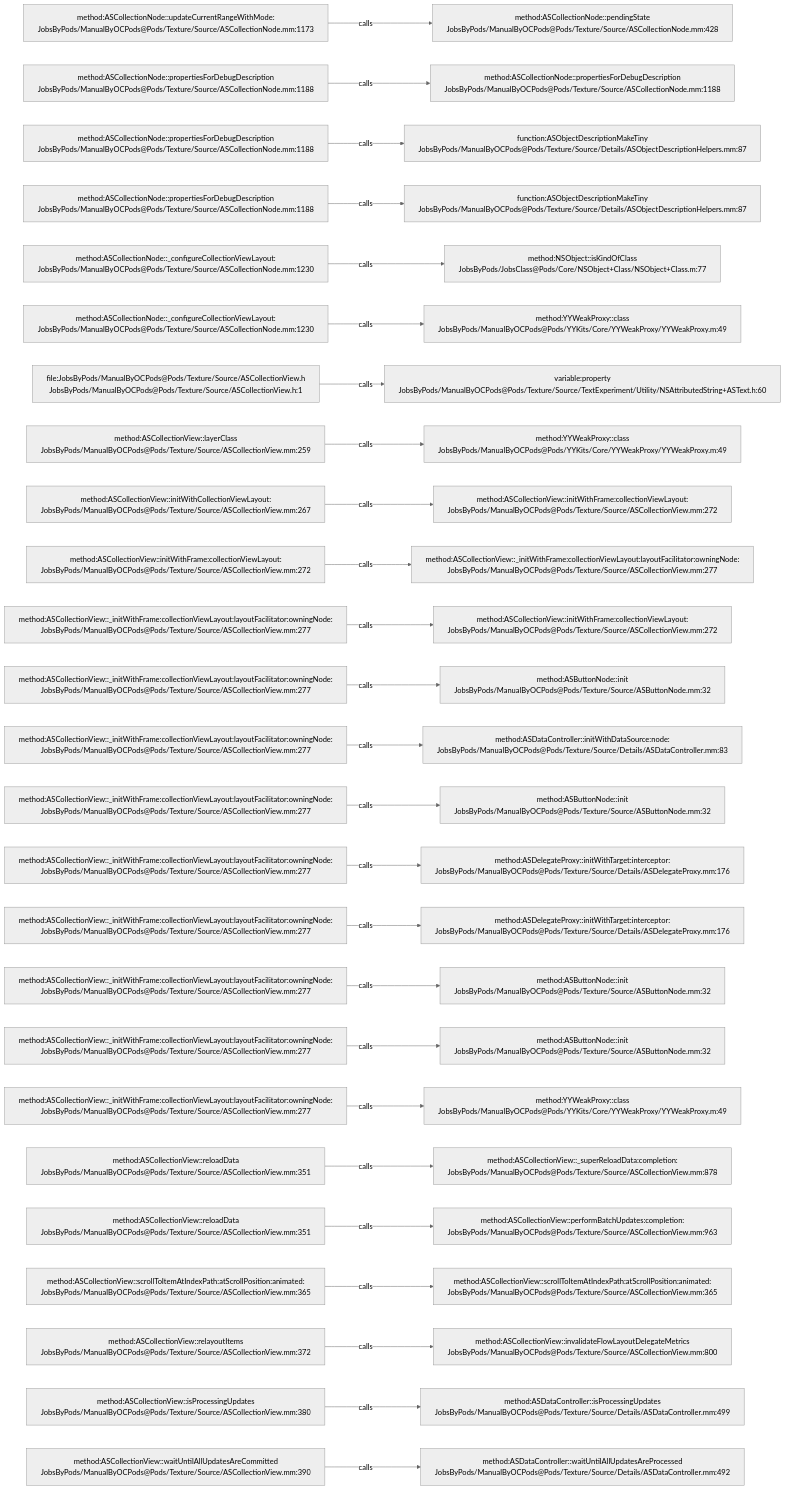
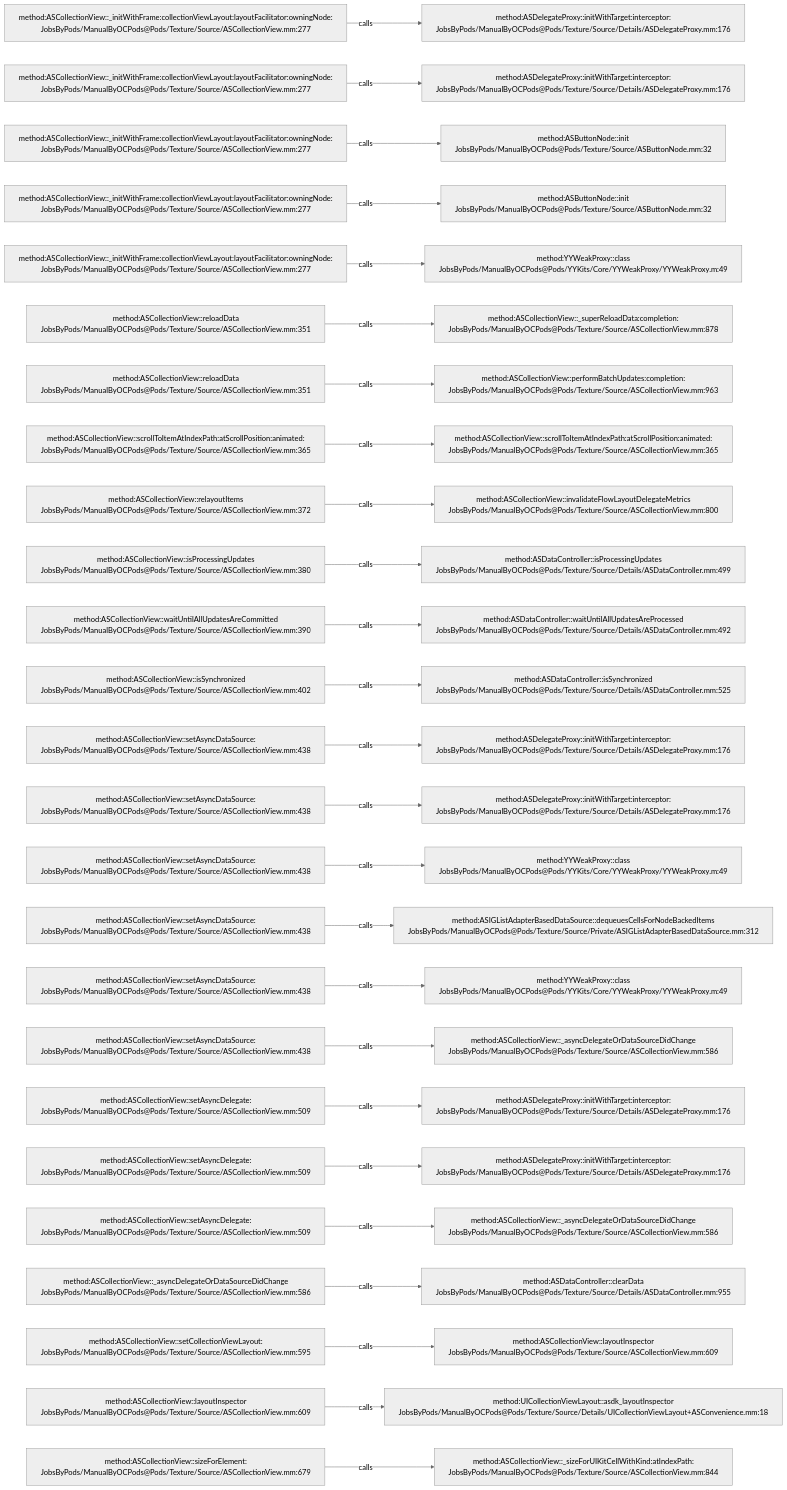
One commit to JobsKits/JobsOCBaseConfigDemo changed the diagram in .codegraph/codegraph.md/graphs/calls-081.md. Above: the diagram before and after it, drawn with Mermaid (neutral theme). The commit also changed 296 other files, not shown here.

````diff
--- a/.codegraph/codegraph.md/graphs/calls-081.md
+++ b/.codegraph/codegraph.md/graphs/calls-081.md
@@ -13,78 +13,78 @@
 ```mermaid
 flowchart LR
-  S1["method:ASCollectionNode::updateCurrentRangeWithMode:<br/>JobsByPods/ManualByOCPods@Pods/Texture/Source/ASCollectionNode.mm:1173"]
-  T1["method:ASCollectionNode::pendingState<br/>JobsByPods/ManualByOCPods@Pods/Texture/Source/ASCollectionNode.mm:428"]
+  S1["method:ASCollectionView::_initWithFrame:collectionViewLayout:layoutFacilitator:owningNode:<br/>JobsByPods/ManualByOCPods@Pods/Texture/Source/ASCollectionView.mm:277"]
+  T1["method:ASDelegateProxy::initWithTarget:interceptor:<br/>JobsByPods/ManualByOCPods@Pods/Texture/Source/Details/ASDelegateProxy.mm:176"]
   S1 -->|calls| T1
-  S2["method:ASCollectionNode::propertiesForDebugDescription<br/>JobsByPods/ManualByOCPods@Pods/Texture/Source/ASCollectionNode.mm:1188"]
-  T2["method:ASCollectionNode::propertiesForDebugDescription<br/>JobsByPods/ManualByOCPods@Pods/Texture/Source/ASCollectionNode.mm:1188"]
+  S2["method:ASCollectionView::_initWithFrame:collectionViewLayout:layoutFacilitator:owningNode:<br/>JobsByPods/ManualByOCPods@Pods/Texture/Source/ASCollectionView.mm:277"]
+  T2["method:ASDelegateProxy::initWithTarget:interceptor:<br/>JobsByPods/ManualByOCPods@Pods/Texture/Source/Details/ASDelegateProxy.mm:176"]
   S2 -->|calls| T2
-  S3["method:ASCollectionNode::propertiesForDebugDescription<br/>JobsByPods/ManualByOCPods@Pods/Texture/Source/ASCollectionNode.mm:1188"]
-  T3["function:ASObjectDescriptionMakeTiny<br/>JobsByPods/ManualByOCPods@Pods/Texture/Source/Details/ASObjectDescriptionHelpers.mm:87"]
+  S3["method:ASCollectionView::_initWithFrame:collectionViewLayout:layoutFacilitator:owningNode:<br/>JobsByPods/ManualByOCPods@Pods/Texture/Source/ASCollectionView.mm:277"]
+  T3["method:ASButtonNode::init<br/>JobsByPods/ManualByOCPods@Pods/Texture/Source/ASButtonNode.mm:32"]
   S3 -->|calls| T3
-  S4["method:ASCollectionNode::propertiesForDebugDescription<br/>JobsByPods/ManualByOCPods@Pods/Texture/Source/ASCollectionNode.mm:1188"]
-  T4["function:ASObjectDescriptionMakeTiny<br/>JobsByPods/ManualByOCPods@Pods/Texture/Source/Details/ASObjectDescriptionHelpers.mm:87"]
+  S4["method:ASCollectionView::_initWithFrame:collectionViewLayout:layoutFacilitator:owningNode:<br/>JobsByPods/ManualByOCPods@Pods/Texture/Source/ASCollectionView.mm:277"]
+  T4["method:ASButtonNode::init<br/>JobsByPods/ManualByOCPods@Pods/Texture/Source/ASButtonNode.mm:32"]
   S4 -->|calls| T4
-  S5["method:ASCollectionNode::_configureCollectionViewLayout:<br/>JobsByPods/ManualByOCPods@Pods/Texture/Source/ASCollectionNode.mm:1230"]
-  T5["method:NSObject::isKindOfClass<br/>JobsByPods/JobsClass@Pods/Core/NSObject+Class/NSObject+Class.m:77"]
+  S5["method:ASCollectionView::_initWithFrame:collectionViewLayout:layoutFacilitator:owningNode:<br/>JobsByPods/ManualByOCPods@Pods/Texture/Source/ASCollectionView.mm:277"]
+  T5["method:YYWeakProxy::class<br/>JobsByPods/ManualByOCPods@Pods/YYKits/Core/YYWeakProxy/YYWeakProxy.m:49"]
   S5 -->|calls| T5
-  S6["method:ASCollectionNode::_configureCollectionViewLayout:<br/>JobsByPods/ManualByOCPods@Pods/Texture/Source/ASCollectionNode.mm:1230"]
-  T6["method:YYWeakProxy::class<br/>JobsByPods/ManualByOCPods@Pods/YYKits/Core/YYWeakProxy/YYWeakProxy.m:49"]
+  S6["method:ASCollectionView::reloadData<br/>JobsByPods/ManualByOCPods@Pods/Texture/Source/ASCollectionView.mm:351"]
+  T6["method:ASCollectionView::_superReloadData:completion:<br/>JobsByPods/ManualByOCPods@Pods/Texture/Source/ASCollectionView.mm:878"]
   S6 -->|calls| T6
-  S7["file:JobsByPods/ManualByOCPods@Pods/Texture/Source/ASCollectionView.h<br/>JobsByPods/ManualByOCPods@Pods/Texture/Source/ASCollectionView.h:1"]
-  T7["variable:property<br/>JobsByPods/ManualByOCPods@Pods/Texture/Source/TextExperiment/Utility/NSAttributedString+ASText.h:60"]
+  S7["method:ASCollectionView::reloadData<br/>JobsByPods/ManualByOCPods@Pods/Texture/Source/ASCollectionView.mm:351"]
+  T7["method:ASCollectionView::performBatchUpdates:completion:<br/>JobsByPods/ManualByOCPods@Pods/Texture/Source/ASCollectionView.mm:963"]
   S7 -->|calls| T7
-  S8["method:ASCollectionView::layerClass<br/>JobsByPods/ManualByOCPods@Pods/Texture/Source/ASCollectionView.mm:259"]
-  T8["method:YYWeakProxy::class<br/>JobsByPods/ManualByOCPods@Pods/YYKits/Core/YYWeakProxy/YYWeakProxy.m:49"]
+  S8["method:ASCollectionView::scrollToItemAtIndexPath:atScrollPosition:animated:<br/>JobsByPods/ManualByOCPods@Pods/Texture/Source/ASCollectionView.mm:365"]
+  T8["method:ASCollectionView::scrollToItemAtIndexPath:atScrollPosition:animated:<br/>JobsByPods/ManualByOCPods@Pods/Texture/Source/ASCollectionView.mm:365"]
   S8 -->|calls| T8
-  S9["method:ASCollectionView::initWithCollectionViewLayout:<br/>JobsByPods/ManualByOCPods@Pods/Texture/Source/ASCollectionView.mm:267"]
-  T9["method:ASCollectionView::initWithFrame:collectionViewLayout:<br/>JobsByPods/ManualByOCPods@Pods/Texture/Source/ASCollectionView.mm:272"]
+  S9["method:ASCollectionView::relayoutItems<br/>JobsByPods/ManualByOCPods@Pods/Texture/Source/ASCollectionView.mm:372"]
+  T9["method:ASCollectionView::invalidateFlowLayoutDelegateMetrics<br/>JobsByPods/ManualByOCPods@Pods/Texture/Source/ASCollectionView.mm:800"]
   S9 -->|calls| T9
-  S10["method:ASCollectionView::initWithFrame:collectionViewLayout:<br/>JobsByPods/ManualByOCPods@Pods/Texture/Source/ASCollectionView.mm:272"]
-  T10["method:ASCollectionView::_initWithFrame:collectionViewLayout:layoutFacilitator:owningNode:<br/>JobsByPods/ManualByOCPods@Pods/Texture/Source/ASCollectionView.mm:277"]
+  S10["method:ASCollectionView::isProcessingUpdates<br/>JobsByPods/ManualByOCPods@Pods/Texture/Source/ASCollectionView.mm:380"]
+  T10["method:ASDataController::isProcessingUpdates<br/>JobsByPods/ManualByOCPods@Pods/Texture/Source/Details/ASDataController.mm:499"]
   S10 -->|calls| T10
-  S11["method:ASCollectionView::_initWithFrame:collectionViewLayout:layoutFacilitator:owningNode:<br/>JobsByPods/ManualByOCPods@Pods/Texture/Source/ASCollectionView.mm:277"]
-  T11["method:ASCollectionView::initWithFrame:collectionViewLayout:<br/>JobsByPods/ManualByOCPods@Pods/Texture/Source/ASCollectionView.mm:272"]
+  S11["method:ASCollectionView::waitUntilAllUpdatesAreCommitted<br/>JobsByPods/ManualByOCPods@Pods/Texture/Source/ASCollectionView.mm:390"]
+  T11["method:ASDataController::waitUntilAllUpdatesAreProcessed<br/>JobsByPods/ManualByOCPods@Pods/Texture/Source/Details/ASDataController.mm:492"]
   S11 -->|calls| T11
-  S12["method:ASCollectionView::_initWithFrame:collectionViewLayout:layoutFacilitator:owningNode:<br/>JobsByPods/ManualByOCPods@Pods/Texture/Source/ASCollectionView.mm:277"]
-  T12["method:ASButtonNode::init<br/>JobsByPods/ManualByOCPods@Pods/Texture/Source/ASButtonNode.mm:32"]
+  S12["method:ASCollectionView::isSynchronized<br/>JobsByPods/ManualByOCPods@Pods/Texture/Source/ASCollectionView.mm:402"]
+  T12["method:ASDataController::isSynchronized<br/>JobsByPods/ManualByOCPods@Pods/Texture/Source/Details/ASDataController.mm:525"]
   S12 -->|calls| T12
-  S13["method:ASCollectionView::_initWithFrame:collectionViewLayout:layoutFacilitator:owningNode:<br/>JobsByPods/ManualByOCPods@Pods/Texture/Source/ASCollectionView.mm:277"]
-  T13["method:ASDataController::initWithDataSource:node:<br/>JobsByPods/ManualByOCPods@Pods/Texture/Source/Details/ASDataController.mm:83"]
+  S13["method:ASCollectionView::setAsyncDataSource:<br/>JobsByPods/ManualByOCPods@Pods/Texture/Source/ASCollectionView.mm:438"]
+  T13["method:ASDelegateProxy::initWithTarget:interceptor:<br/>JobsByPods/ManualByOCPods@Pods/Texture/Source/Details/ASDelegateProxy.mm:176"]
   S13 -->|calls| T13
-  S14["method:ASCollectionView::_initWithFrame:collectionViewLayout:layoutFacilitator:owningNode:<br/>JobsByPods/ManualByOCPods@Pods/Texture/Source/ASCollectionView.mm:277"]
-  T14["method:ASButtonNode::init<br/>JobsByPods/ManualByOCPods@Pods/Texture/Source/ASButtonNode.mm:32"]
+  S14["method:ASCollectionView::setAsyncDataSource:<br/>JobsByPods/ManualByOCPods@Pods/Texture/Source/ASCollectionView.mm:438"]
+  T14["method:ASDelegateProxy::initWithTarget:interceptor:<br/>JobsByPods/ManualByOCPods@Pods/Texture/Source/Details/ASDelegateProxy.mm:176"]
   S14 -->|calls| T14
-  S15["method:ASCollectionView::_initWithFrame:collectionViewLayout:layoutFacilitator:owningNode:<br/>JobsByPods/ManualByOCPods@Pods/Texture/Source/ASCollectionView.mm:277"]
-  T15["method:ASDelegateProxy::initWithTarget:interceptor:<br/>JobsByPods/ManualByOCPods@Pods/Texture/Source/Details/ASDelegateProxy.mm:176"]
+  S15["method:ASCollectionView::setAsyncDataSource:<br/>JobsByPods/ManualByOCPods@Pods/Texture/Source/ASCollectionView.mm:438"]
+  T15["method:YYWeakProxy::class<br/>JobsByPods/ManualByOCPods@Pods/YYKits/Core/YYWeakProxy/YYWeakProxy.m:49"]
   S15 -->|calls| T15
-  S16["method:ASCollectionView::_initWithFrame:collectionViewLayout:layoutFacilitator:owningNode:<br/>JobsByPods/ManualByOCPods@Pods/Texture/Source/ASCollectionView.mm:277"]
-  T16["method:ASDelegateProxy::initWithTarget:interceptor:<br/>JobsByPods/ManualByOCPods@Pods/Texture/Source/Details/ASDelegateProxy.mm:176"]
+  S16["method:ASCollectionView::setAsyncDataSource:<br/>JobsByPods/ManualByOCPods@Pods/Texture/Source/ASCollectionView.mm:438"]
+  T16["method:ASIGListAdapterBasedDataSource::dequeuesCellsForNodeBackedItems<br/>JobsByPods/ManualByOCPods@Pods/Texture/Source/Private/ASIGListAdapterBasedDataSource.mm:312"]
   S16 -->|calls| T16
-  S17["method:ASCollectionView::_initWithFrame:collectionViewLayout:layoutFacilitator:owningNode:<br/>JobsByPods/ManualByOCPods@Pods/Texture/Source/ASCollectionView.mm:277"]
-  T17["method:ASButtonNode::init<br/>JobsByPods/ManualByOCPods@Pods/Texture/Source/ASButtonNode.mm:32"]
+  S17["method:ASCollectionView::setAsyncDataSource:<br/>JobsByPods/ManualByOCPods@Pods/Texture/Source/ASCollectionView.mm:438"]
+  T17["method:YYWeakProxy::class<br/>JobsByPods/ManualByOCPods@Pods/YYKits/Core/YYWeakProxy/YYWeakProxy.m:49"]
   S17 -->|calls| T17
-  S18["method:ASCollectionView::_initWithFrame:collectionViewLayout:layoutFacilitator:owningNode:<br/>JobsByPods/ManualByOCPods@Pods/Texture/Source/ASCollectionView.mm:277"]
-  T18["method:ASButtonNode::init<br/>JobsByPods/ManualByOCPods@Pods/Texture/Source/ASButtonNode.mm:32"]
+  S18["method:ASCollectionView::setAsyncDataSource:<br/>JobsByPods/ManualByOCPods@Pods/Texture/Source/ASCollectionView.mm:438"]
+  T18["method:ASCollectionView::_asyncDelegateOrDataSourceDidChange<br/>JobsByPods/ManualByOCPods@Pods/Texture/Source/ASCollectionView.mm:586"]
   S18 -->|calls| T18
-  S19["method:ASCollectionView::_initWithFrame:collectionViewLayout:layoutFacilitator:owningNode:<br/>JobsByPods/ManualByOCPods@Pods/Texture/Source/ASCollectionView.mm:277"]
-  T19["method:YYWeakProxy::class<br/>JobsByPods/ManualByOCPods@Pods/YYKits/Core/YYWeakProxy/YYWeakProxy.m:49"]
+  S19["method:ASCollectionView::setAsyncDelegate:<br/>JobsByPods/ManualByOCPods@Pods/Texture/Source/ASCollectionView.mm:509"]
+  T19["method:ASDelegateProxy::initWithTarget:interceptor:<br/>JobsByPods/ManualByOCPods@Pods/Texture/Source/Details/ASDelegateProxy.mm:176"]
   S19 -->|calls| T19
-  S20["method:ASCollectionView::reloadData<br/>JobsByPods/ManualByOCPods@Pods/Texture/Source/ASCollectionView.mm:351"]
-  T20["method:ASCollectionView::_superReloadData:completion:<br/>JobsByPods/ManualByOCPods@Pods/Texture/Source/ASCollectionView.mm:878"]
+  S20["method:ASCollectionView::setAsyncDelegate:<br/>JobsByPods/ManualByOCPods@Pods/Texture/Source/ASCollectionView.mm:509"]
+  T20["method:ASDelegateProxy::initWithTarget:interceptor:<br/>JobsByPods/ManualByOCPods@Pods/Texture/Source/Details/ASDelegateProxy.mm:176"]
   S20 -->|calls| T20
-  S21["method:ASCollectionView::reloadData<br/>JobsByPods/ManualByOCPods@Pods/Texture/Source/ASCollectionView.mm:351"]
-  T21["method:ASCollectionView::performBatchUpdates:completion:<br/>JobsByPods/ManualByOCPods@Pods/Texture/Source/ASCollectionView.mm:963"]
+  S21["method:ASCollectionView::setAsyncDelegate:<br/>JobsByPods/ManualByOCPods@Pods/Texture/Source/ASCollectionView.mm:509"]
+  T21["method:ASCollectionView::_asyncDelegateOrDataSourceDidChange<br/>JobsByPods/ManualByOCPods@Pods/Texture/Source/ASCollectionView.mm:586"]
   S21 -->|calls| T21
-  S22["method:ASCollectionView::scrollToItemAtIndexPath:atScrollPosition:animated:<br/>JobsByPods/ManualByOCPods@Pods/Texture/Source/ASCollectionView.mm:365"]
-  T22["method:ASCollectionView::scrollToItemAtIndexPath:atScrollPosition:animated:<br/>JobsByPods/ManualByOCPods@Pods/Texture/Source/ASCollectionView.mm:365"]
+  S22["method:ASCollectionView::_asyncDelegateOrDataSourceDidChange<br/>JobsByPods/ManualByOCPods@Pods/Texture/Source/ASCollectionView.mm:586"]
+  T22["method:ASDataController::clearData<br/>JobsByPods/ManualByOCPods@Pods/Texture/Source/Details/ASDataController.mm:955"]
   S22 -->|calls| T22
-  S23["method:ASCollectionView::relayoutItems<br/>JobsByPods/ManualByOCPods@Pods/Texture/Source/ASCollectionView.mm:372"]
-  T23["method:ASCollectionView::invalidateFlowLayoutDelegateMetrics<br/>JobsByPods/ManualByOCPods@Pods/Texture/Source/ASCollectionView.mm:800"]
+  S23["method:ASCollectionView::setCollectionViewLayout:<br/>JobsByPods/ManualByOCPods@Pods/Texture/Source/ASCollectionView.mm:595"]
+  T23["method:ASCollectionView::layoutInspector<br/>JobsByPods/ManualByOCPods@Pods/Texture/Source/ASCollectionView.mm:609"]
   S23 -->|calls| T23
-  S24["method:ASCollectionView::isProcessingUpdates<br/>JobsByPods/ManualByOCPods@Pods/Texture/Source/ASCollectionView.mm:380"]
-  T24["method:ASDataController::isProcessingUpdates<br/>JobsByPods/ManualByOCPods@Pods/Texture/Source/Details/ASDataController.mm:499"]
+  S24["method:ASCollectionView::layoutInspector<br/>JobsByPods/ManualByOCPods@Pods/Texture/Source/ASCollectionView.mm:609"]
+  T24["method:UICollectionViewLayout::asdk_layoutInspector<br/>JobsByPods/ManualByOCPods@Pods/Texture/Source/Details/UICollectionViewLayout+ASConvenience.mm:18"]
   S24 -->|calls| T24
-  S25["method:ASCollectionView::waitUntilAllUpdatesAreCommitted<br/>JobsByPods/ManualByOCPods@Pods/Texture/Source/ASCollectionView.mm:390"]
-  T25["method:ASDataController::waitUntilAllUpdatesAreProcessed<br/>JobsByPods/ManualByOCPods@Pods/Texture/Source/Details/ASDataController.mm:492"]
+  S25["method:ASCollectionView::sizeForElement:<br/>JobsByPods/ManualByOCPods@Pods/Texture/Source/ASCollectionView.mm:679"]
+  T25["method:ASCollectionView::_sizeForUIKitCellWithKind:atIndexPath:<br/>JobsByPods/ManualByOCPods@Pods/Texture/Source/ASCollectionView.mm:844"]
   S25 -->|calls| T25
 ```
````
